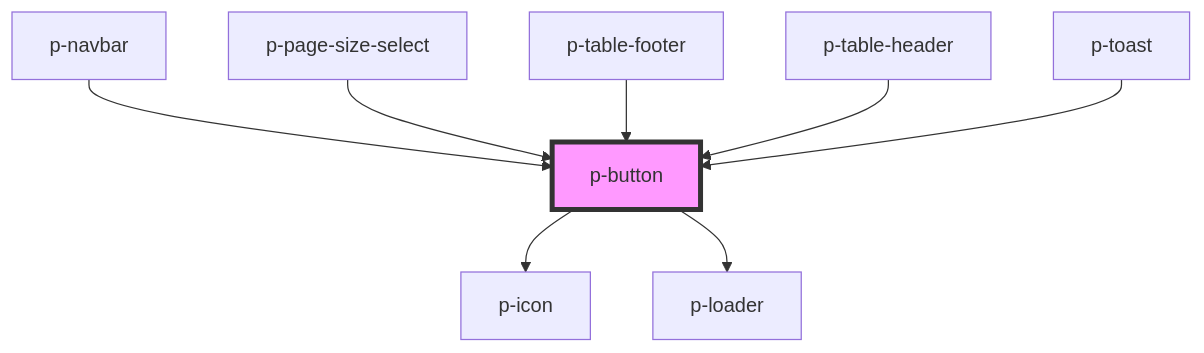
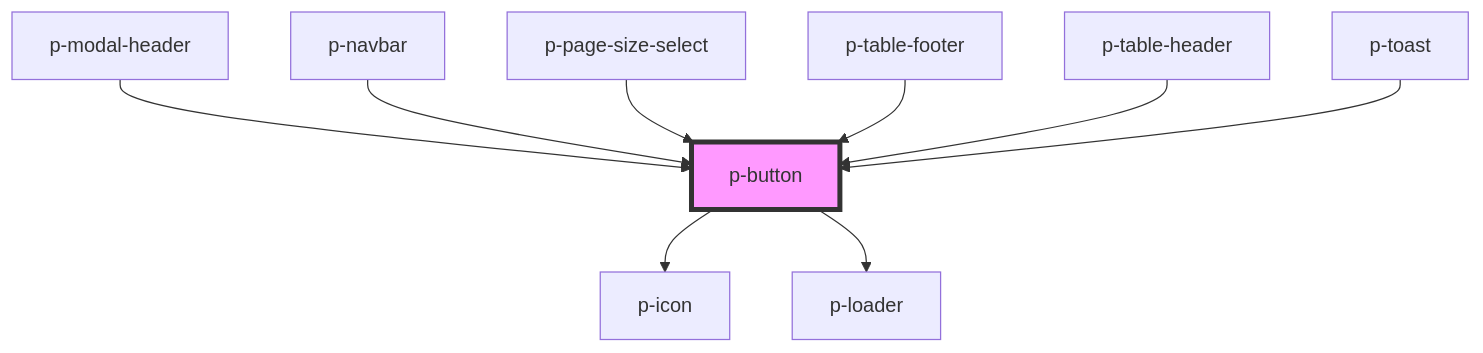
One commit to Employes/paperless changed the diagram in packages/core/src/components/atoms/button/readme.md. Above: the diagram before and after it, drawn with Mermaid. The commit also changed other lines of this file and 5 other files, not shown here.

Commit message:
feat(Atoms/Modal Header): Update modal header styling

````diff
--- a/packages/core/src/components/atoms/button/readme.md
+++ b/packages/core/src/components/atoms/button/readme.md
@@ -52,11 +53,12 @@
 ```mermaid
 graph TD;
   p-button --> p-icon
   p-button --> p-loader
+  p-modal-header --> p-button
   p-navbar --> p-button
   p-page-size-select --> p-button
   p-table-footer --> p-button
   p-table-header --> p-button
   p-toast --> p-button
   style p-button fill:#f9f,stroke:#333,stroke-width:4px
 ```
````
